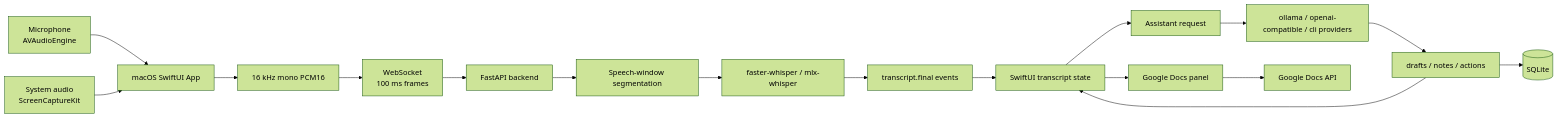
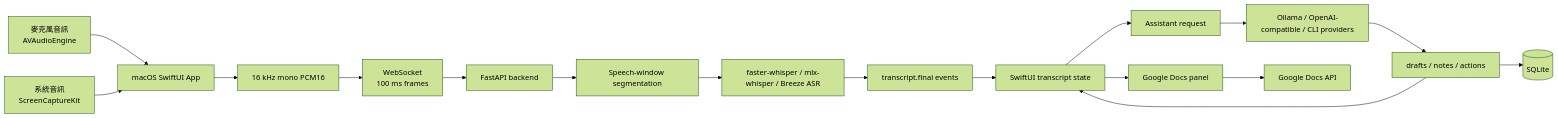
The first of 2 diagrams in docs/final-report.md (elvisdragonmao/emeet), drawn with Mermaid (forest theme) before and after one commit. The commit also changed other lines of this file, not shown here.

````diff
--- a/docs/final-report.md
+++ b/docs/final-report.md
@@ -132,19 +180,19 @@
 ```mermaid
 flowchart LR
-    Mic[Microphone<br/>AVAudioEngine] --> Mac[macOS SwiftUI App]
-    System[System audio<br/>ScreenCaptureKit] --> Mac
+    Mic[麥克風音訊<br/>AVAudioEngine] --> Mac[macOS SwiftUI App]
+    System[系統音訊<br/>ScreenCaptureKit] --> Mac
     Mac --> PCM[16 kHz mono PCM16]
     PCM --> WS[WebSocket<br/>100 ms frames]
     WS --> Backend[FastAPI backend]
     Backend --> Seg[Speech-window segmentation]
-    Seg --> STT[faster-whisper / mlx-whisper]
+    Seg --> STT[faster-whisper / mlx-whisper / Breeze ASR]
     STT --> Transcript[transcript.final events]
     Transcript --> UI[SwiftUI transcript state]
     UI --> Assistant[Assistant request]
-    Assistant --> Provider[ollama / openai-compatible / cli providers]
+    Assistant --> Provider[Ollama / OpenAI-compatible / CLI providers]
     Provider --> JSON[drafts / notes / actions]
     JSON --> UI
     JSON --> SQLite[(SQLite)]
     UI --> GDoc[Google Docs panel]
     GDoc --> GAPI[Google Docs API]
 ```
````
